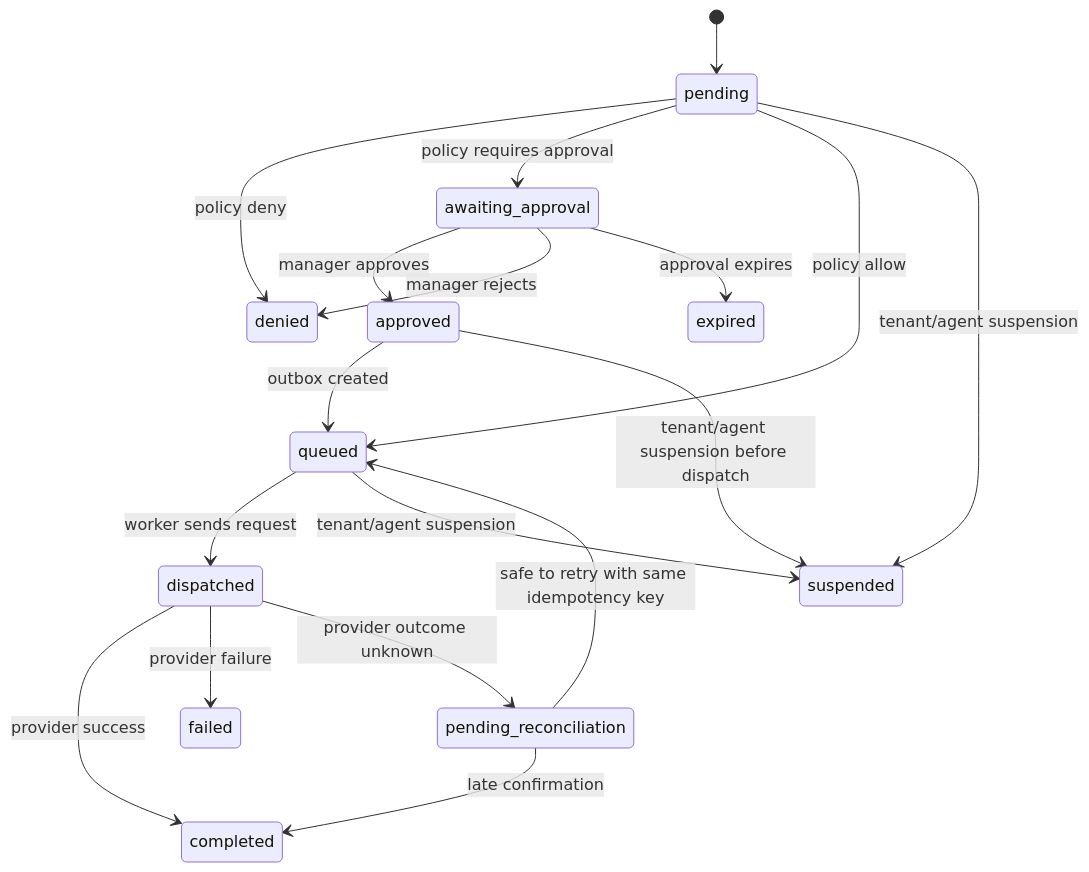
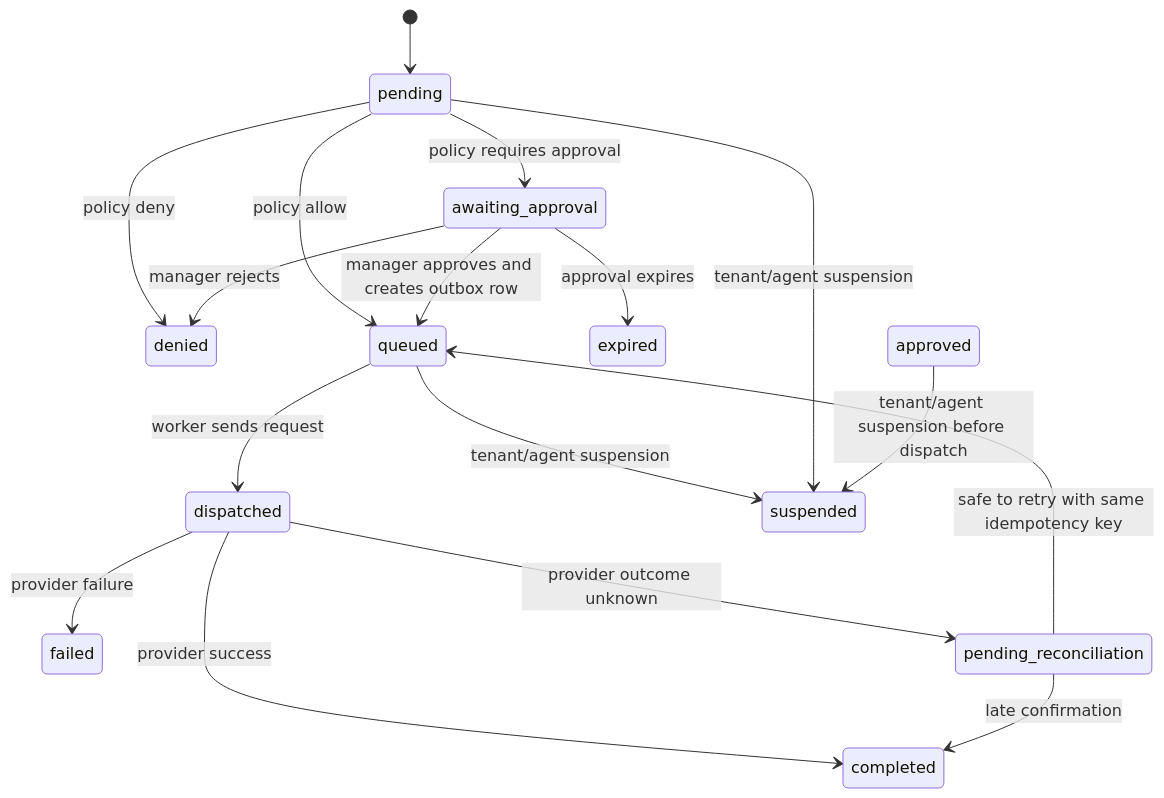
Before and after one commit to SurajPatel108/Fiar: the diagram in docs/DATA_AND_API_DESIGN.md, drawn with Mermaid. The commit also changed other lines of this file and 18 other files, not shown here.

````diff
--- a/docs/DATA_AND_API_DESIGN.md
+++ b/docs/DATA_AND_API_DESIGN.md
@@ -234,20 +235,19 @@
 ```mermaid
 stateDiagram-v2
   [*] --> pending
   pending --> denied: policy deny
   pending --> awaiting_approval: policy requires approval
   pending --> queued: policy allow
-  awaiting_approval --> approved: manager approves
+  awaiting_approval --> queued: manager approves and creates outbox row
   awaiting_approval --> denied: manager rejects
   awaiting_approval --> expired: approval expires
-  approved --> queued: outbox created
   queued --> dispatched: worker sends request
   dispatched --> completed: provider success
   dispatched --> failed: provider failure
   dispatched --> pending_reconciliation: provider outcome unknown
   pending_reconciliation --> queued: safe to retry with same idempotency key
   pending_reconciliation --> completed: late confirmation
   queued --> suspended: tenant/agent suspension
   pending --> suspended: tenant/agent suspension
   approved --> suspended: tenant/agent suspension before dispatch
 ```
````
